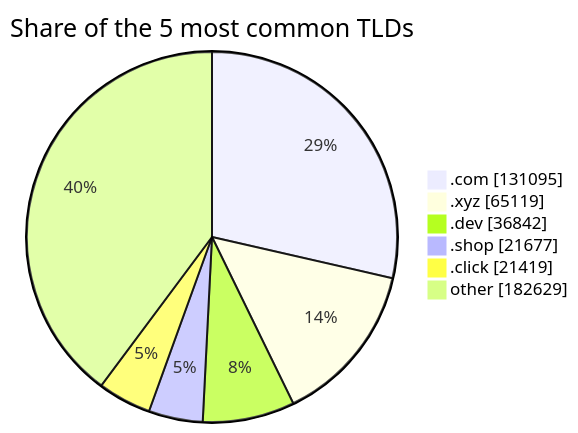
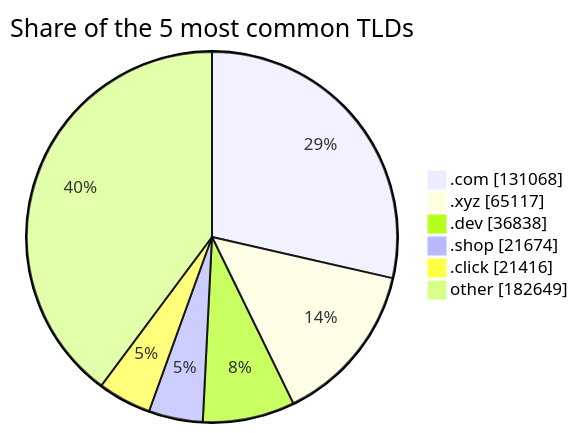
One commit to DNSBunker/CTI changed the third of 3 diagrams in README.md. Above: the diagram before and after it, drawn with Mermaid. The commit also changed other lines of this file and 3 other files, not shown here.

````diff
--- a/README.md
+++ b/README.md
@@ -81,9 +81,9 @@
 ```mermaid
 pie showData title Share of the 5 most common TLDs
-    ".com" : 131095
-    ".xyz" : 65119
-    ".dev" : 36842
-    ".shop" : 21677
-    ".click" : 21419
-    "other" : 182629
+    ".com" : 131068
+    ".xyz" : 65117
+    ".dev" : 36838
+    ".shop" : 21674
+    ".click" : 21416
+    "other" : 182649
 ```
````
